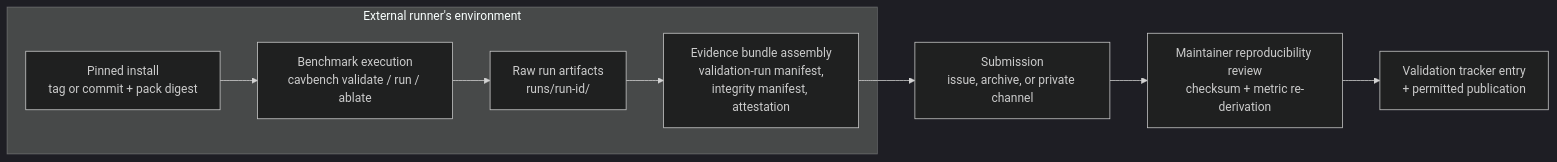
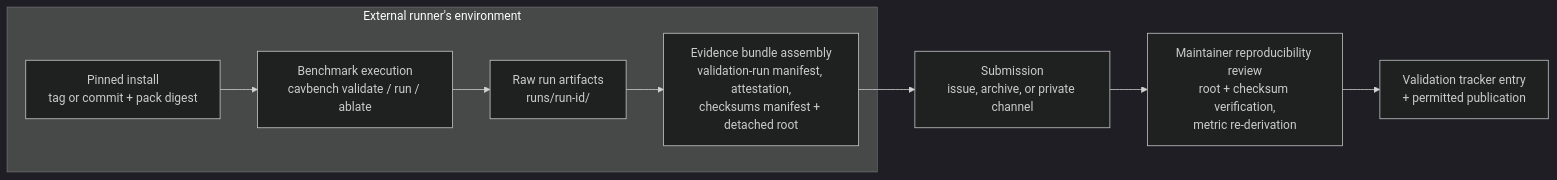
The diagram in docs/design/independent-validation-run.md (Harimay23/cav-bench), drawn with Mermaid (dark theme) before and after one commit. The commit also changed other lines of this file and 12 other files, not shown here.

````diff
--- a/docs/design/independent-validation-run.md
+++ b/docs/design/independent-validation-run.md
@@ -141,11 +146,11 @@
 ```mermaid
 flowchart LR
     subgraph runner_side [External runner's environment]
         A[Pinned install<br/>tag or commit + pack digest] --> B[Benchmark execution<br/>cavbench validate / run / ablate]
         B --> C[Raw run artifacts<br/>runs/run-id/]
-        C --> D[Evidence bundle assembly<br/>validation-run manifest,<br/>integrity manifest, attestation]
+        C --> D[Evidence bundle assembly<br/>validation-run manifest, attestation,<br/>checksums manifest + detached root]
     end
     D --> E[Submission<br/>issue, archive, or private channel]
-    E --> F[Maintainer reproducibility review<br/>checksum + metric re-derivation]
+    E --> F[Maintainer reproducibility review<br/>root + checksum verification,<br/>metric re-derivation]
     F --> G[Validation tracker entry<br/>+ permitted publication]
 ```
````
